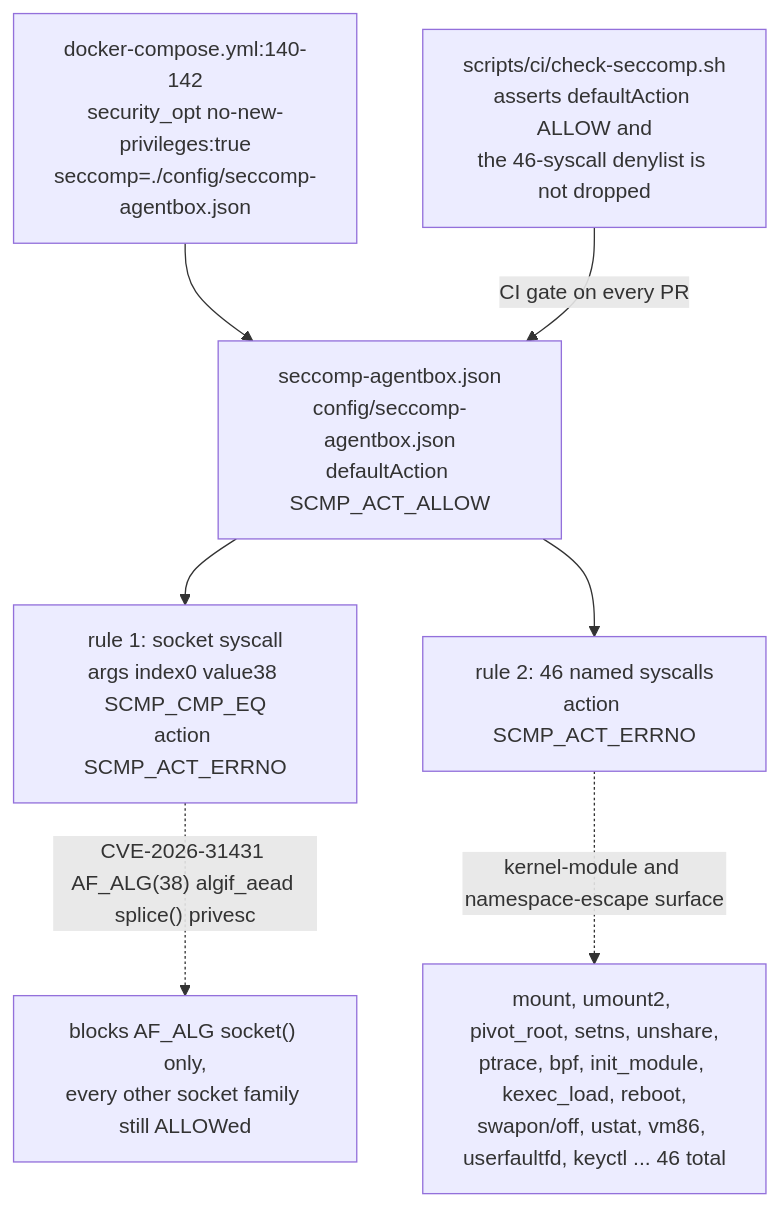
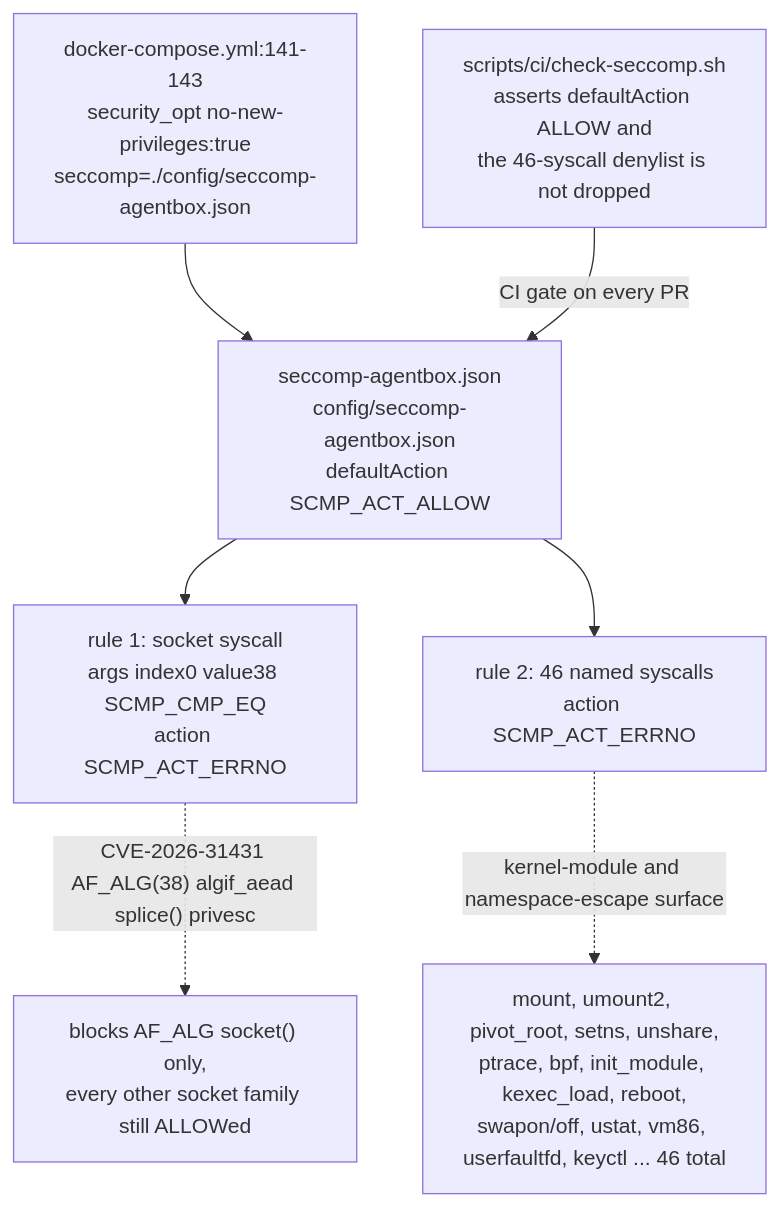
Before and after one commit to DreamLab-AI/AR-AI-Knowledge-Graph: diagram 16 of 18 in docs/diagrams/agentbox/02-boot-sequence-and-readiness.md, drawn with Mermaid. The commit also changed other lines of this file and 73 other files, not shown here.

First line of the commit message:
docs(diagrams): re-verify all 71 topic files against HEAD; add --cite-check

````diff
--- a/docs/diagrams/agentbox/02-boot-sequence-and-readiness.md
+++ b/docs/diagrams/agentbox/02-boot-sequence-and-readiness.md
@@ -523,15 +523,15 @@
 ```mermaid
 flowchart TB
-    COMPOSE["docker-compose.yml:140-142<br/>security_opt no-new-privileges:true<br/>seccomp=./config/seccomp-agentbox.json"]
+    COMPOSE["docker-compose.yml:141-143<br/>security_opt no-new-privileges:true<br/>seccomp=./config/seccomp-agentbox.json"]
     PROFILE["seccomp-agentbox.json<br/>config/seccomp-agentbox.json<br/>defaultAction SCMP_ACT_ALLOW"]
     SOCK["rule 1: socket syscall<br/>args index0 value38 SCMP_CMP_EQ<br/>action SCMP_ACT_ERRNO"]
     DENY["rule 2: 46 named syscalls<br/>action SCMP_ACT_ERRNO"]
     CI["scripts/ci/check-seccomp.sh<br/>asserts defaultAction ALLOW and<br/>the 46-syscall denylist is not dropped"]
 
     COMPOSE --> PROFILE
     PROFILE --> SOCK
     PROFILE --> DENY
     SOCK -.->|"CVE-2026-31431 AF_ALG(38) algif_aead splice() privesc"| SOCKNOTE["blocks AF_ALG socket() only,<br/>every other socket family still ALLOWed"]
     DENY -.->|"kernel-module and namespace-escape surface"| DENYLIST["mount, umount2, pivot_root, setns, unshare,<br/>ptrace, bpf, init_module, kexec_load, reboot,<br/>swapon/off, ustat, vm86, userfaultfd, keyctl ... 46 total"]
     CI -->|"CI gate on every PR"| PROFILE
 ```
````
